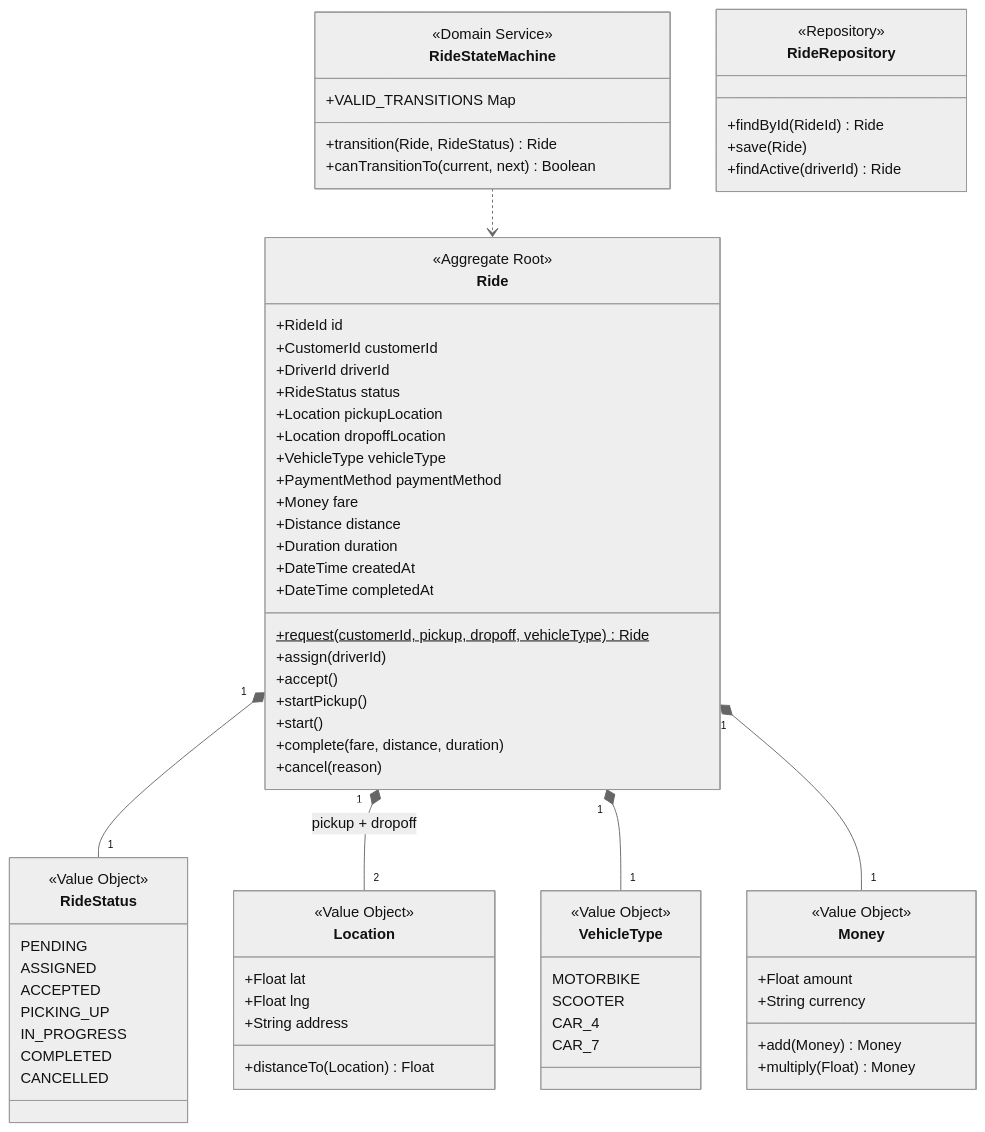
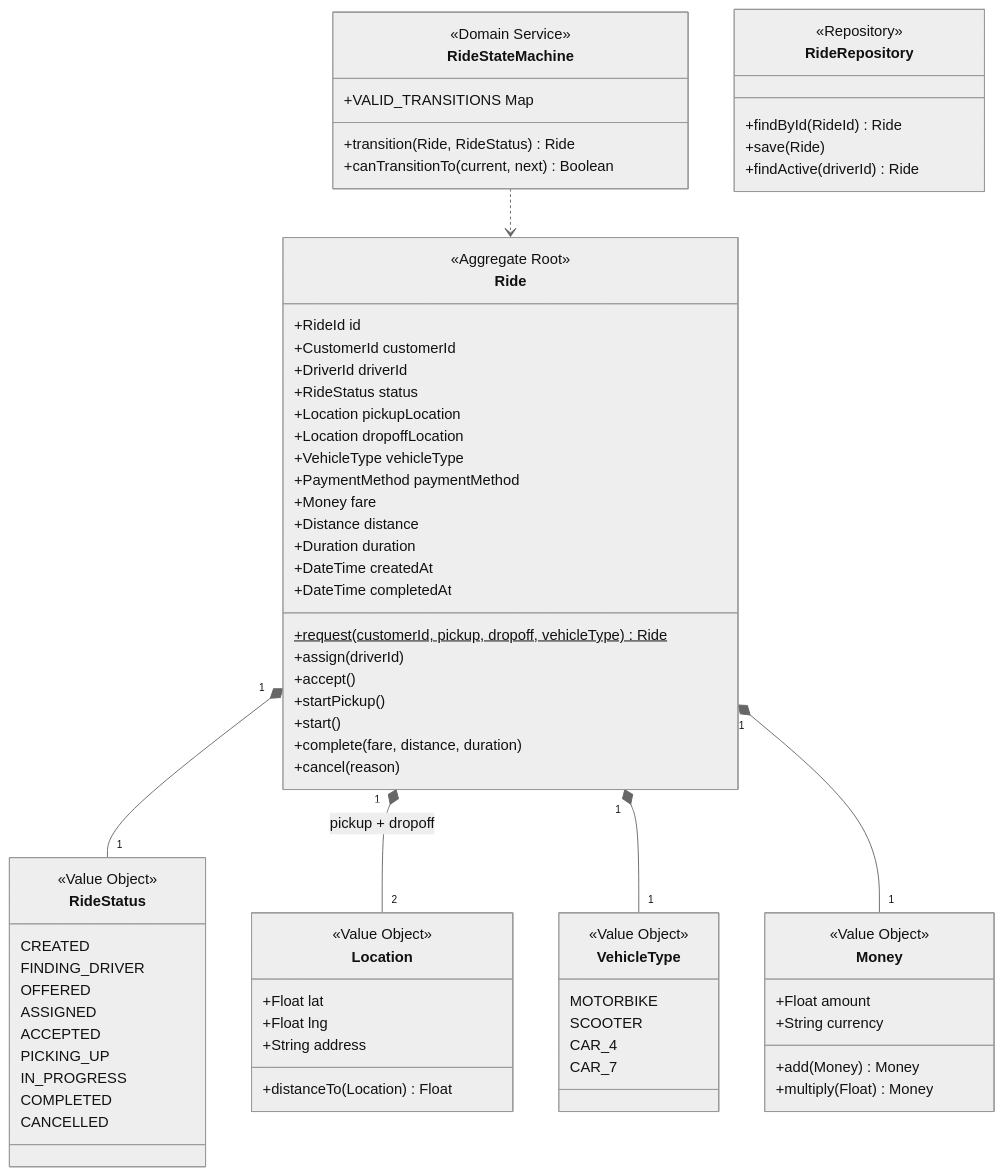
Before and after one commit to foxxiee04/Cab-Booking-System-Project: the fourth of 23 diagrams in docs/bao-cao-kltn.md, drawn with Mermaid (neutral theme). The commit also changed other lines of this file and 30 other files, not shown here.

```diff
--- a/docs/bao-cao-kltn.md
+++ b/docs/bao-cao-kltn.md
@@ -584,7 +853,9 @@
 
     class RideStatus {
         <<Value Object>>
-        PENDING
+        CREATED
+        FINDING_DRIVER
+        OFFERED
         ASSIGNED
         ACCEPTED
         PICKING_UP
```
